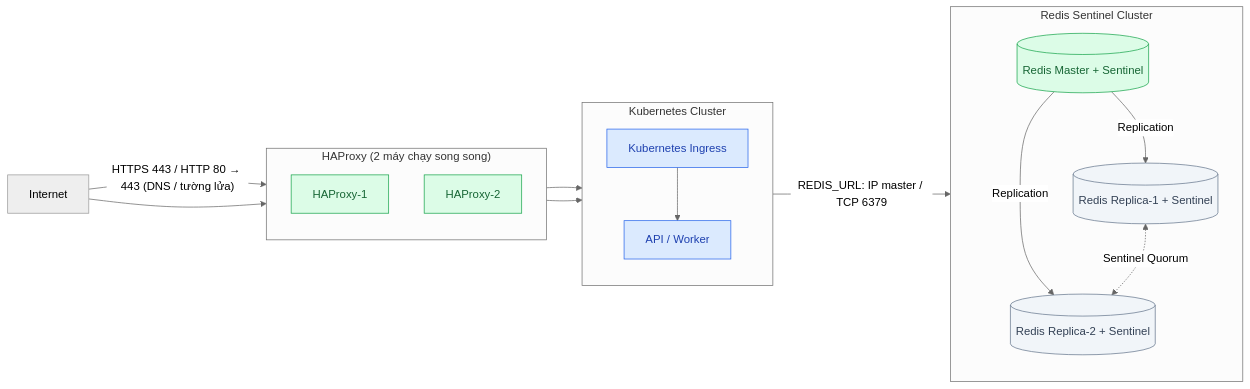
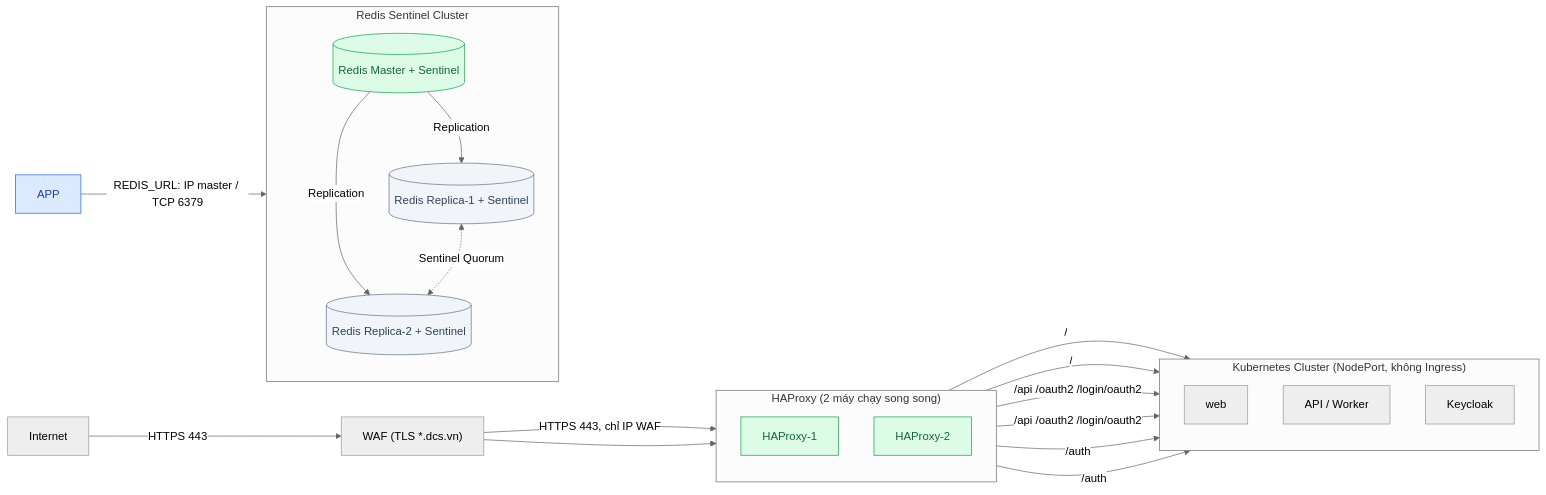
The diagram in README.md (baodt278/ansible-template), drawn with Mermaid (neutral theme) before and after one commit. The commit also changed other lines of this file and 10 other files, not shown here.

First line of the commit message:
HAProxy không Ingress: chia đường dẫn tới NodePort, chế độ sau WAF

````diff
--- a/README.md
+++ b/README.md
@@ -21,43 +21,47 @@
 ```mermaid
 
 flowchart LR
-   U["Internet"] -->|"HTTPS 443 / HTTP 80 → 443 (DNS / tường lửa)"| H1
-   U --> H2
+   U["Internet"] -->|"HTTPS 443"| W["WAF (TLS *.dcs.vn)"]
+   W -->|"HTTPS 443, chỉ IP WAF"| H1
+   W --> H2
 
    subgraph HA["HAProxy (2 máy chạy song song)"]
       direction TB
       H1["HAProxy-1"]
       H2["HAProxy-2"]
    end
 
-   H1 --> I["Kubernetes Ingress"]
-   H2 --> I
+   subgraph K8S["Kubernetes Cluster (NodePort, không Ingress)"]
+      direction TB
+      WEB["web"]
+      API["API / Worker"]
+      KC["Keycloak"]
+   end
 
-   subgraph K8S["Kubernetes Cluster"]
-      direction TB
-      I --> APP["API / Worker"]
-   end
+   H1 & H2 -->|"/"| WEB
+   H1 & H2 -->|"/api /oauth2 /login/oauth2"| API
+   H1 & H2 -->|"/auth"| KC
 
    APP -->|"REDIS_URL: IP master / TCP 6379"| R1
 
    subgraph REDIS["Redis Sentinel Cluster"]
       direction TB
       R1[("Redis Master + Sentinel")]
       R2[("Redis Replica-1 + Sentinel")]
       R3[("Redis Replica-2 + Sentinel")]
 
       R1 -->|"Replication"| R2
       R1 -->|"Replication"| R3
       R2 <-.->|"Sentinel Quorum"| R3
    end
 
    classDef active fill:#dcfce7,stroke:#16a34a,color:#166534
    classDef standby fill:#f1f5f9,stroke:#64748b,color:#334155
    classDef k8s fill:#dbeafe,stroke:#2563eb,color:#1e40af
    classDef redis fill:#fee2e2,stroke:#dc2626,color:#991b1b
 
    class H1,H2,R1 active
    class R2,R3 standby
    class I,APP k8s
 
 ```
````
